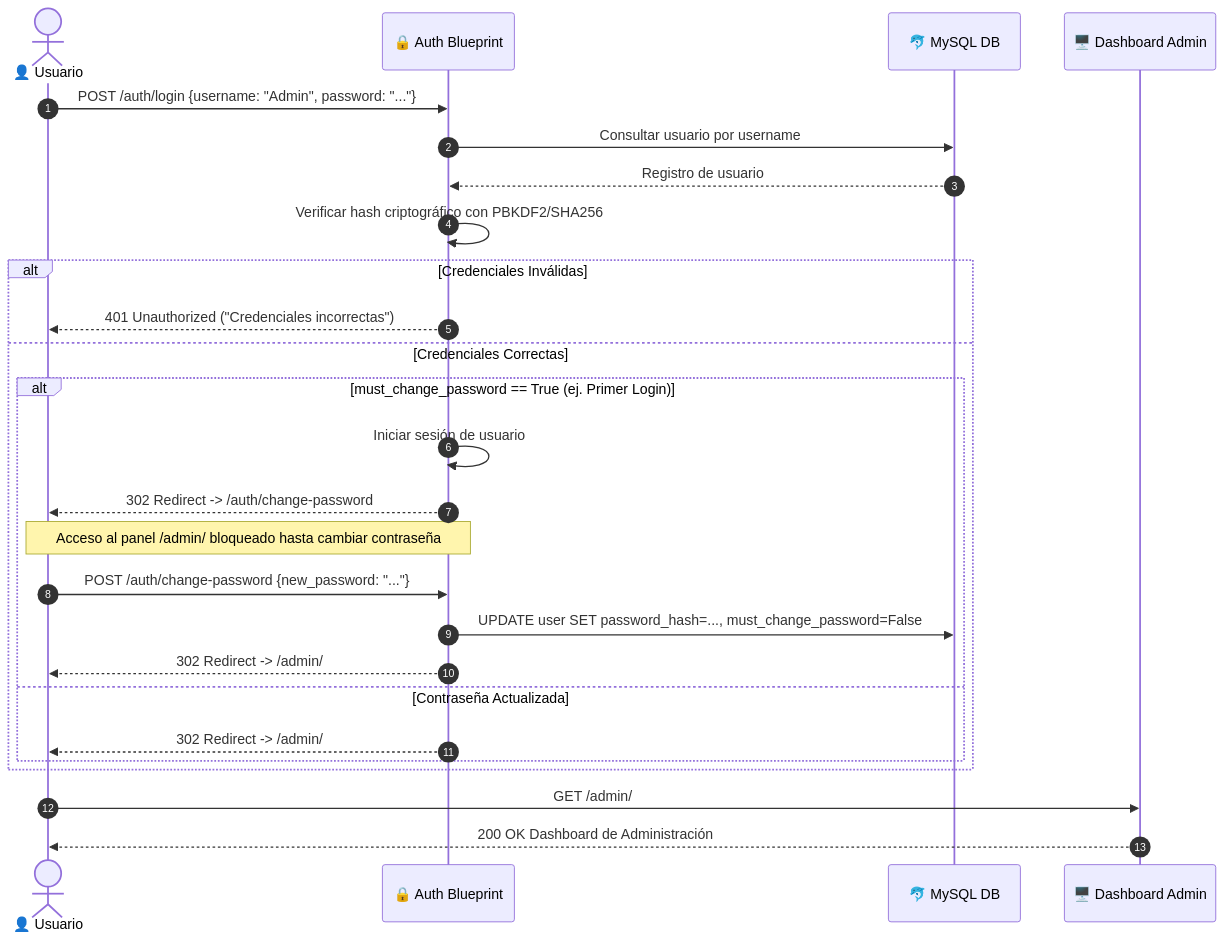
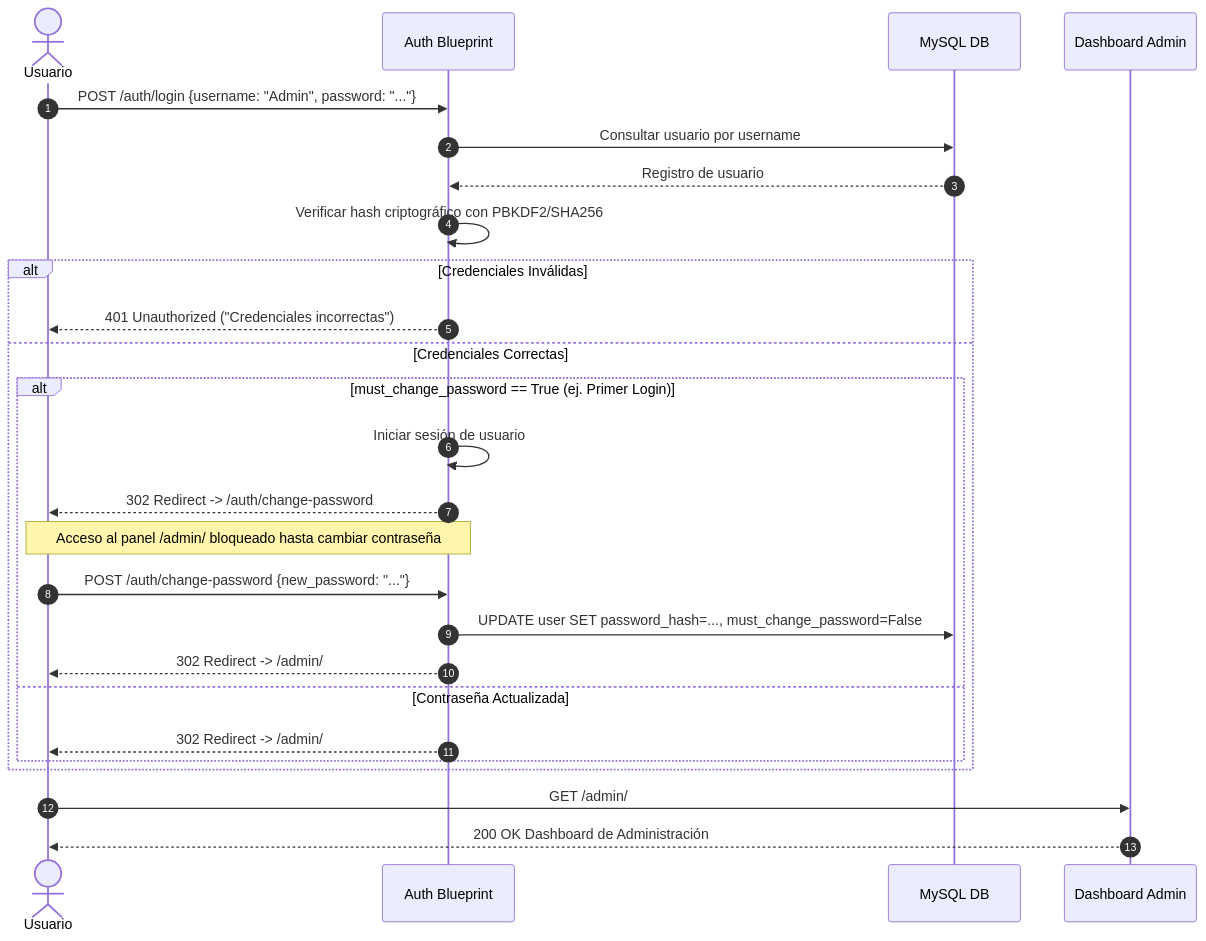
One commit to BryShdw/CheckIn-Demo changed the fourth of 4 diagrams in ARQUITECTURA_Y_FUNCIONAMIENTO.md. Above: the diagram before and after it, drawn with Mermaid. The commit also changed other lines of this file and 13 other files, not shown here.

````diff
--- a/ARQUITECTURA_Y_FUNCIONAMIENTO.md
+++ b/ARQUITECTURA_Y_FUNCIONAMIENTO.md
@@ -259,29 +259,29 @@
 ```mermaid
 sequenceDiagram
-    autonumber
-    actor Usuario as 👤 Usuario
-    participant Auth as 🔒 Auth Blueprint
-    participant DB as 🐬 MySQL DB
-    participant Panel as 🖥️ Dashboard Admin
+ autonumber
+ actor Usuario as Usuario
+ participant Auth as Auth Blueprint
+ participant DB as MySQL DB
+ participant Panel as  Dashboard Admin
 
-    Usuario->>Auth: POST /auth/login {username: "Admin", password: "..."}
-    Auth->>DB: Consultar usuario por username
-    DB-->>Auth: Registro de usuario
-    Auth->>Auth: Verificar hash criptográfico con PBKDF2/SHA256
-    alt Credenciales Inválidas
-        Auth-->>Usuario: 401 Unauthorized ("Credenciales incorrectas")
-    else Credenciales Correctas
-        alt must_change_password == True (ej. Primer Login)
-            Auth->>Auth: Iniciar sesión de usuario
-            Auth-->>Usuario: 302 Redirect -> /auth/change-password
-            Note over Usuario,Auth: Acceso al panel /admin/ bloqueado hasta cambiar contraseña
-            Usuario->>Auth: POST /auth/change-password {new_password: "..."}
-            Auth->>DB: UPDATE user SET password_hash=..., must_change_password=False
-            Auth-->>Usuario: 302 Redirect -> /admin/
-        else Contraseña Actualizada
-            Auth-->>Usuario: 302 Redirect -> /admin/
-        end
-    end
-    Usuario->>Panel: GET /admin/
-    Panel-->>Usuario: 200 OK Dashboard de Administración
+ Usuario->>Auth: POST /auth/login {username: "Admin", password: "..."}
+ Auth->>DB: Consultar usuario por username
+ DB-->>Auth: Registro de usuario
+ Auth->>Auth: Verificar hash criptográfico con PBKDF2/SHA256
+ alt Credenciales Inválidas
+ Auth-->>Usuario: 401 Unauthorized ("Credenciales incorrectas")
+ else Credenciales Correctas
+ alt must_change_password == True (ej. Primer Login)
+ Auth->>Auth: Iniciar sesión de usuario
+ Auth-->>Usuario: 302 Redirect -> /auth/change-password
+ Note over Usuario,Auth: Acceso al panel /admin/ bloqueado hasta cambiar contraseña
+ Usuario->>Auth: POST /auth/change-password {new_password: "..."}
+ Auth->>DB: UPDATE user SET password_hash=..., must_change_password=False
+ Auth-->>Usuario: 302 Redirect -> /admin/
+ else Contraseña Actualizada
+ Auth-->>Usuario: 302 Redirect -> /admin/
+ end
+ end
+ Usuario->>Panel: GET /admin/
+ Panel-->>Usuario: 200 OK Dashboard de Administración
 ```
````
